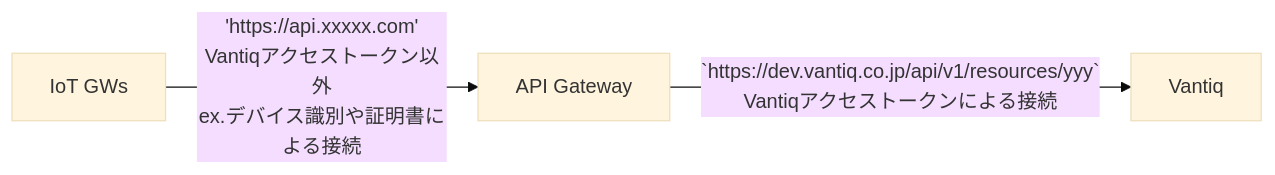
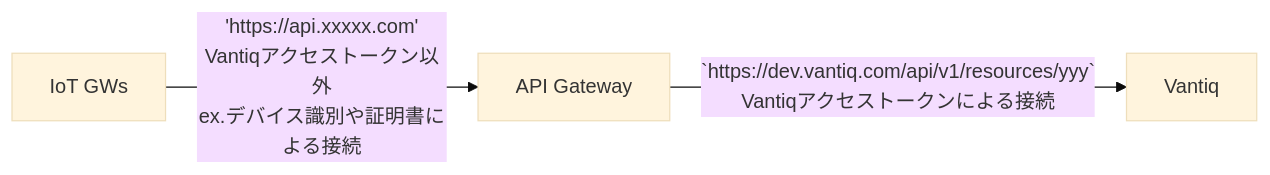
One commit to fujitake/vantiq-related changed the third of 4 diagrams in vantiq-external-services-integration/docs/jp/vantiq-apigw.md. Above: the diagram before and after it, drawn with Mermaid (base theme). The commit also changed 41 other files, not shown here.

````diff
--- a/vantiq-external-services-integration/docs/jp/vantiq-apigw.md
+++ b/vantiq-external-services-integration/docs/jp/vantiq-apigw.md
@@ -50,8 +50,8 @@
 ```mermaid
 flowchart LR
   V[Vantiq]
   A[API Gateway]
   D[IoT GWs]
   D -->|'https://api.xxxxx.com'<br />Vantiqアクセストークン以外<br />ex.デバイス識別や証明書による接続| A
-  A -->|`https://dev.vantiq.co.jp/api/v1/resources/yyy`<br />Vantiqアクセストークンによる接続| V
+  A -->|`https://dev.vantiq.com/api/v1/resources/yyy`<br />Vantiqアクセストークンによる接続| V
 ```
````
